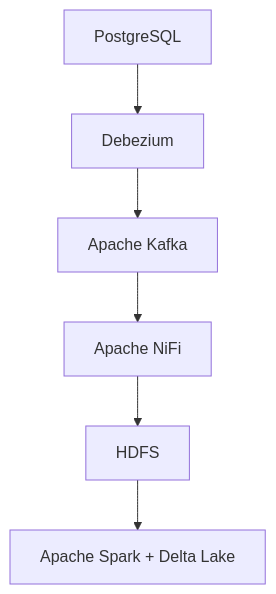
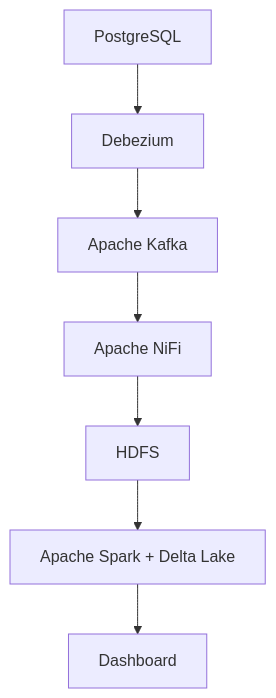
Before and after one commit to amgad-div/Real-Time-Data-Pipeline: the diagram in README.md, drawn with Mermaid.

````diff
--- a/README.md
+++ b/README.md
@@ -26,8 +26,9 @@
 ```mermaid
 graph TD;
     A[PostgreSQL] --> B[Debezium]
     B --> C[Apache Kafka]
     C --> D[Apache NiFi]
     D --> E[HDFS]
     E --> F[Apache Spark + Delta Lake]
+    F --> K[Dashboard]
 ```
````
